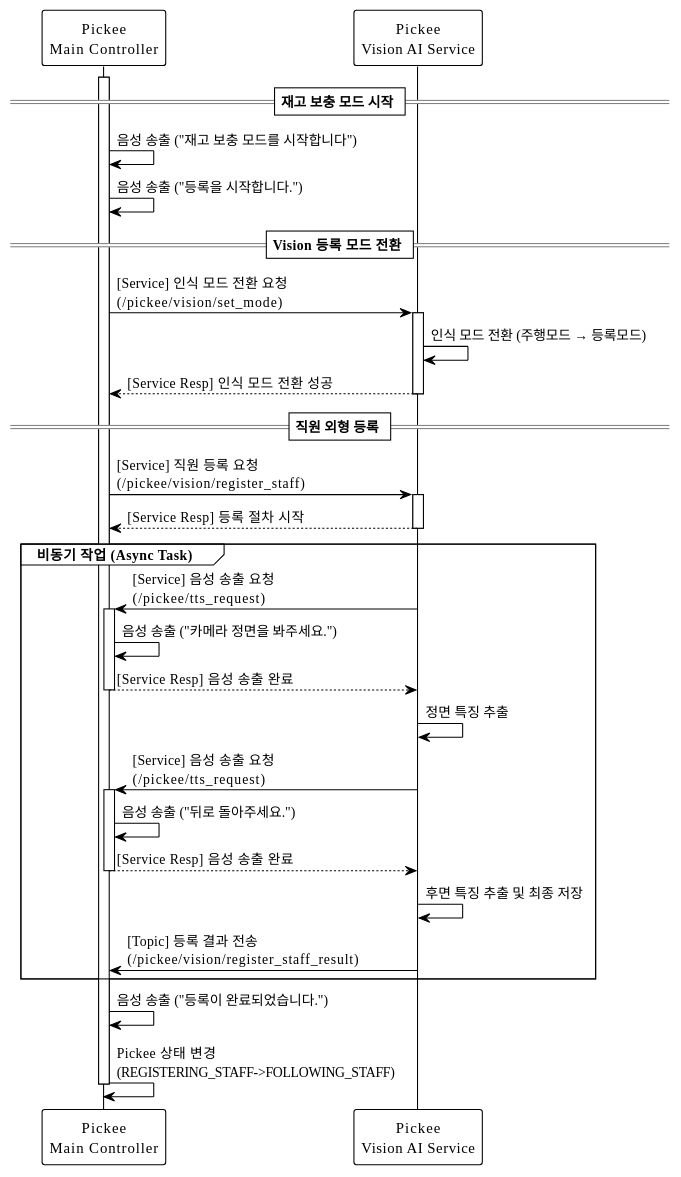
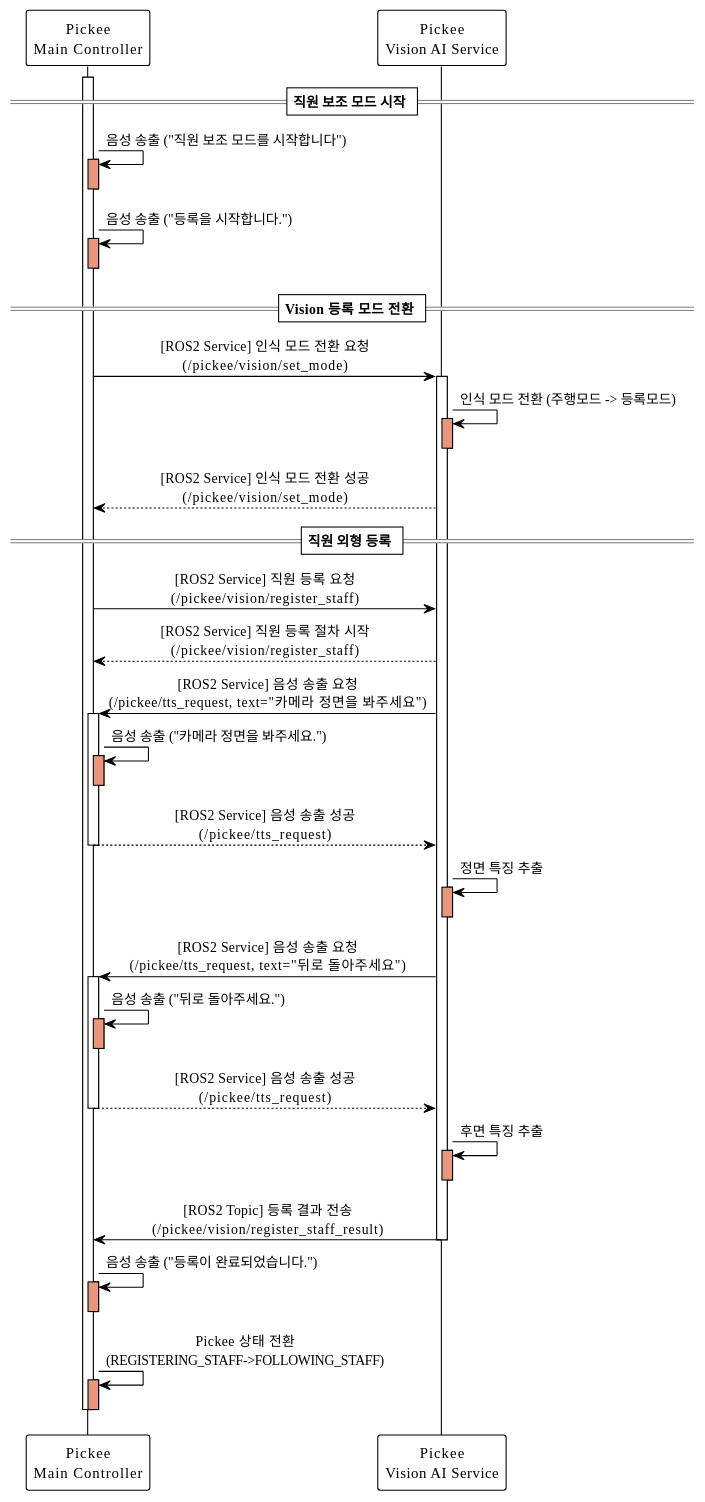
The diagram in docs/SequenceDiagram/SC_06_2_1.md (addinedu-roscamp-7th/roscamp-repo-1), drawn with PlantUML before and after one commit. The commit also changed 40 other files, not shown here.

```diff
--- a/docs/SequenceDiagram/SC_06_2_1.md
+++ b/docs/SequenceDiagram/SC_06_2_1.md
@@ -1,52 +1,73 @@
 @startuml SC_06_2_1_Pickee_직원등록
 !theme plain
+skinparam backgroundColor #FFFFFF
+skinparam sequenceMessageAlign center
 
 participant "Pickee\nMain Controller" as pickee_main
 participant "Pickee\nVision AI Service" as pickee_vision
 
-== 재고 보충 모드 시작 ==
+== 직원 보조 모드 시작 ==
 
 activate pickee_main
-pickee_main -> pickee_main: 음성 송출 ("재고 보충 모드를 시작합니다")
+pickee_main -> pickee_main: 음성 송출 ("직원 보조 모드를 시작합니다")
+activate pickee_main #DarkSalmon
+deactivate pickee_main
+
 pickee_main -> pickee_main: 음성 송출 ("등록을 시작합니다.")
+activate pickee_main #DarkSalmon
+deactivate pickee_main
 
 == Vision 등록 모드 전환 ==
 
-pickee_main -> pickee_vision: [Service] 인식 모드 전환 요청\n(/pickee/vision/set_mode)
+pickee_main -> pickee_vision: [ROS2 Service] 인식 모드 전환 요청\n(/pickee/vision/set_mode)
 activate pickee_vision
-pickee_vision -> pickee_vision: 인식 모드 전환 (주행모드 → 등록모드)
-pickee_vision --> pickee_main: [Service Resp] 인식 모드 전환 성공
+pickee_vision -> pickee_vision: 인식 모드 전환 (주행모드 -> 등록모드)
+activate pickee_vision #DarkSalmon
 deactivate pickee_vision
+pickee_vision --> pickee_main: [ROS2 Service] 인식 모드 전환 성공\n(/pickee/vision/set_mode)
 
 == 직원 외형 등록 ==
 
-pickee_main -> pickee_vision: [Service] 직원 등록 요청\n(/pickee/vision/register_staff)
-activate pickee_vision
-pickee_vision --> pickee_main: [Service Resp] 등록 절차 시작
+pickee_main -> pickee_vision: [ROS2 Service] 직원 등록 요청\n(/pickee/vision/register_staff)
+pickee_vision --> pickee_main: [ROS2 Service] 직원 등록 절차 시작\n(/pickee/vision/register_staff)
+
+'-- 정면 등록 --'
+pickee_vision -> pickee_main: [ROS2 Service] 음성 송출 요청\n(/pickee/tts_request, text="카메라 정면을 봐주세요")
+activate pickee_main
+pickee_main -> pickee_main: 음성 송출 ("카메라 정면을 봐주세요.")
+activate pickee_main #DarkSalmon
+deactivate pickee_main
+pickee_main --> pickee_vision: [ROS2 Service] 음성 송출 성공\n(/pickee/tts_request)
+deactivate pickee_main
+
+pickee_vision -> pickee_vision: 정면 특징 추출
+activate pickee_vision #DarkSalmon
 deactivate pickee_vision
 
-group 비동기 작업 (Async Task)
-    pickee_vision -> pickee_main: [Service] 음성 송출 요청\n(/pickee/tts_request)
-    activate pickee_main
-    pickee_main -> pickee_main: 음성 송출 ("카메라 정면을 봐주세요.")
-    pickee_main --> pickee_vision: [Service Resp] 음성 송출 완료
-    deactivate pickee_main
-    pickee_vision -> pickee_vision: 정면 특징 추출
+'-- 후면 등록 --'
+pickee_vision -> pickee_main: [ROS2 Service] 음성 송출 요청\n(/pickee/tts_request, text="뒤로 돌아주세요")
+activate pickee_main
+pickee_main -> pickee_main: 음성 송출 ("뒤로 돌아주세요.")
+activate pickee_main #DarkSalmon
+deactivate pickee_main
+pickee_main --> pickee_vision: [ROS2 Service] 음성 송출 성공\n(/pickee/tts_request)
+deactivate pickee_main
 
-    pickee_vision -> pickee_main: [Service] 음성 송출 요청\n(/pickee/tts_request)
-    activate pickee_main
-    pickee_main -> pickee_main: 음성 송출 ("뒤로 돌아주세요.")
-    pickee_main --> pickee_vision: [Service Resp] 음성 송출 완료
-    deactivate pickee_main
-    pickee_vision -> pickee_vision: 후면 특징 추출 및 최종 저장
+pickee_vision -> pickee_vision: 후면 특징 추출
+activate pickee_vision #DarkSalmon
+deactivate pickee_vision
 
-    pickee_vision -> pickee_main: [Topic] 등록 결과 전송\n(/pickee/vision/register_staff_result)
-end
+'-- 등록 완료 --'
+pickee_vision -> pickee_main: [ROS2 Topic] 등록 결과 전송\n(/pickee/vision/register_staff_result)
+deactivate pickee_vision
 
 pickee_main -> pickee_main: 음성 송출 ("등록이 완료되었습니다.")
+activate pickee_main #DarkSalmon
+deactivate pickee_main
 
-pickee_main -> pickee_main: Pickee 상태 변경\n(REGISTERING_STAFF->FOLLOWING_STAFF)
+pickee_main -> pickee_main: Pickee 상태 전환\n(REGISTERING_STAFF->FOLLOWING_STAFF)
+activate pickee_main #DarkSalmon
+deactivate pickee_main
 
 deactivate pickee_main
-
 @enduml
```
